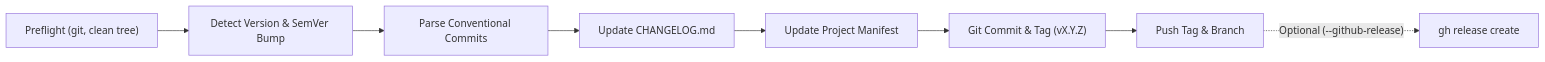
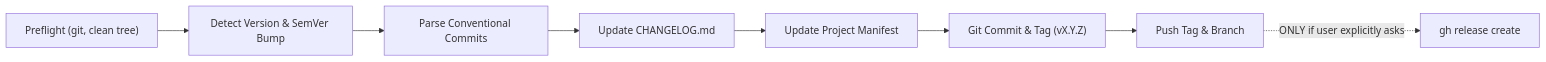
One commit to cemcakirlar/skills changed the diagram in skills/github-release/SKILL.md. Above: the diagram before and after it, drawn with Mermaid. The commit also changed other lines of this file, not shown here.

Commit message:
docs(github-release): forbid GitHub Release by default (#11)

````diff
--- a/skills/github-release/SKILL.md
+++ b/skills/github-release/SKILL.md
@@ -18,10 +33,10 @@
 ```mermaid
 flowchart LR
     A["Preflight (git, clean tree)"] --> B["Detect Version & SemVer Bump"]
     B --> C["Parse Conventional Commits"]
     C --> D["Update CHANGELOG.md"]
     D --> E["Update Project Manifest"]
     E --> F["Git Commit & Tag (vX.Y.Z)"]
     F --> G["Push Tag & Branch"]
-    G -. "Optional (--github-release)" .-> H["gh release create"]
+    G -. "ONLY if user explicitly asks" .-> H["gh release create"]
 ```
````
